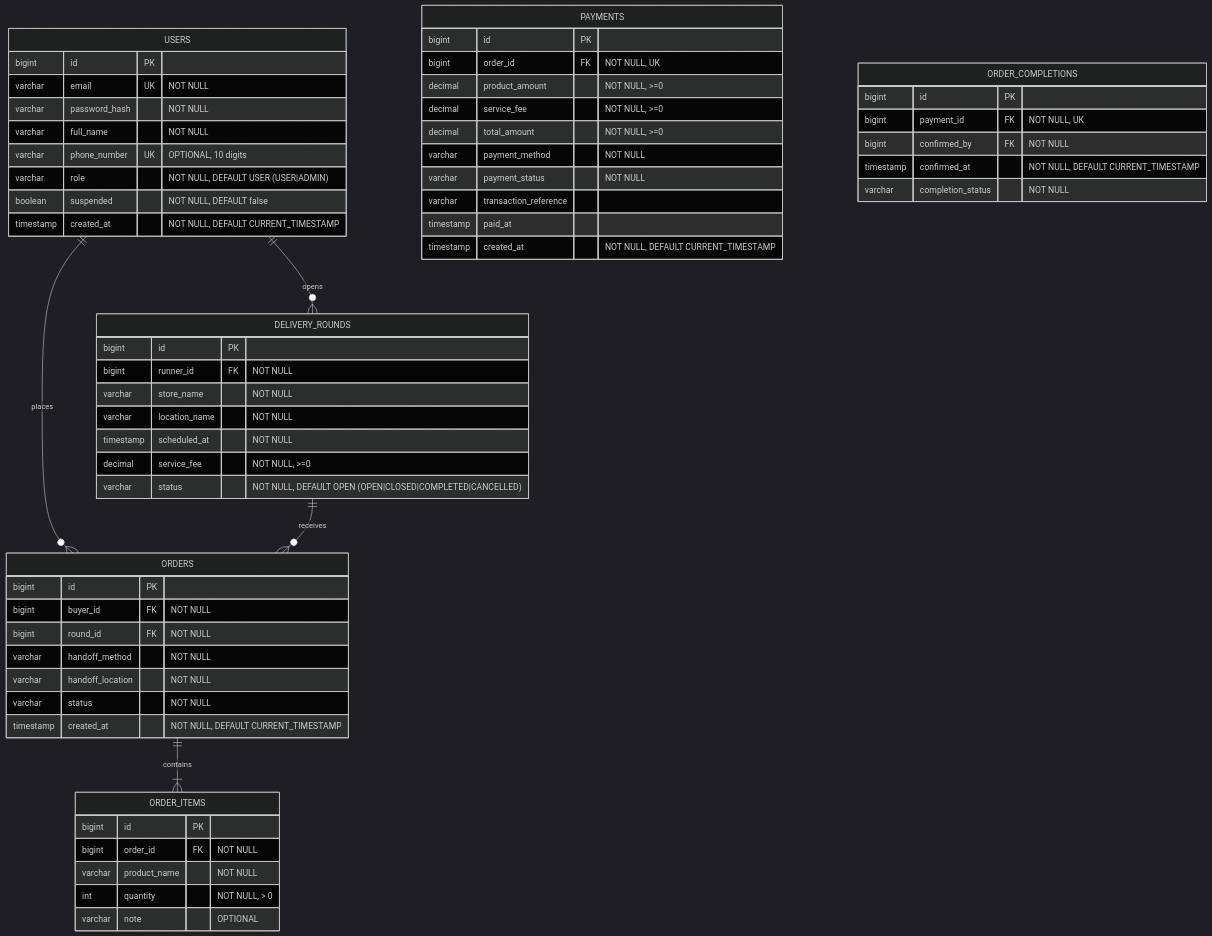
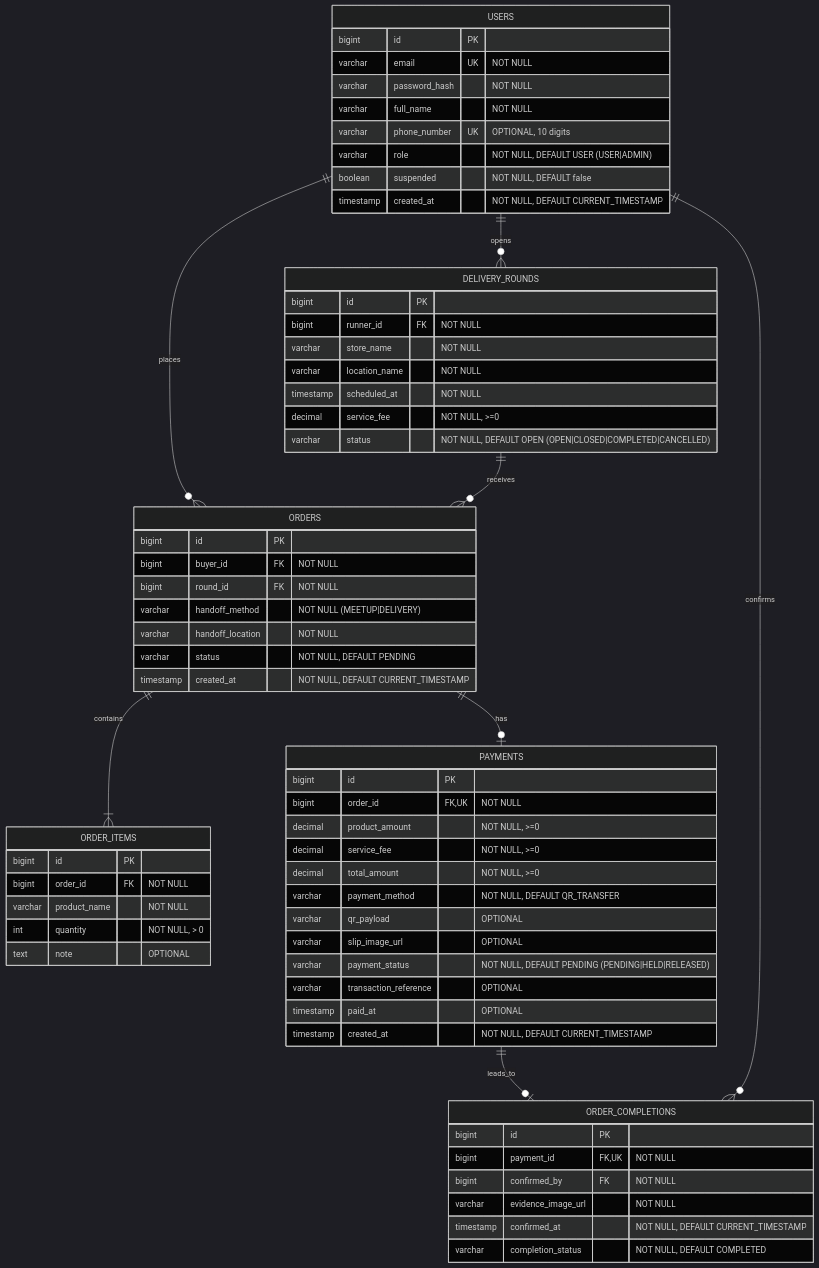
Before and after one commit to BlackyB0o/CS261_650001_group5: the diagram in docs/database/ERD.md, drawn with Mermaid (dark theme).

Commit message:
ERD sync ORDERS, ORDER_ITEMS, PAYMENTS, ORDER_COMPLETIONS with entities

````diff
--- a/docs/database/ERD.md
+++ b/docs/database/ERD.md
@@ -11,6 +11,11 @@
     USERS ||--o{ ORDERS : places
     DELIVERY_ROUNDS ||--o{ ORDERS : receives
     ORDERS ||--|{ ORDER_ITEMS : contains
+
+    %% Task 20, 24 - ชำระเงิน / ยืนยันรับสินค้า
+    ORDERS ||--o| PAYMENTS : has
+    PAYMENTS ||--o| ORDER_COMPLETIONS : leads_to
+    USERS ||--o{ ORDER_COMPLETIONS : confirms
 
     %% Task 04, 54 - ผู้ใช้ (role, suspended เพิ่มสำหรับ Admin US10)
     USERS {
@@ -35,14 +40,14 @@
         varchar status "NOT NULL, DEFAULT OPEN (OPEN|CLOSED|COMPLETED|CANCELLED)"
     }
 
-    %% Task 16 - ฝากซื้อสินค้า/อาหาร
+    %% Task 16, 44 - ฝากซื้อสินค้า/อาหาร
     ORDERS {
         bigint id PK
         bigint buyer_id FK "NOT NULL"
         bigint round_id FK "NOT NULL"
-        varchar handoff_method "NOT NULL"
+        varchar handoff_method "NOT NULL (MEETUP|DELIVERY)"
         varchar handoff_location "NOT NULL"
-        varchar status "NOT NULL"
+        varchar status "NOT NULL, DEFAULT PENDING"
         timestamp created_at "NOT NULL, DEFAULT CURRENT_TIMESTAMP"
     }
 
@@ -52,29 +57,32 @@
         bigint order_id FK "NOT NULL"
         varchar product_name "NOT NULL"
         int quantity "NOT NULL, > 0"
-        varchar note "OPTIONAL"
+        text note "OPTIONAL"
     }
 
     %% Task 20 - ชำระค่าสินค้าและค่าหิ้ว
     PAYMENTS {
         bigint id PK
-        bigint order_id FK "NOT NULL, UK"
+        bigint order_id FK,UK "NOT NULL"
         decimal product_amount "NOT NULL, >=0"
         decimal service_fee "NOT NULL, >=0"
         decimal total_amount "NOT NULL, >=0"
-        varchar payment_method "NOT NULL"
-        varchar payment_status "NOT NULL"
-        varchar transaction_reference
-        timestamp paid_at
+        varchar payment_method "NOT NULL, DEFAULT QR_TRANSFER"
+        varchar qr_payload "OPTIONAL"
+        varchar slip_image_url "OPTIONAL"
+        varchar payment_status "NOT NULL, DEFAULT PENDING (PENDING|HELD|RELEASED)"
+        varchar transaction_reference "OPTIONAL"
+        timestamp paid_at "OPTIONAL"
         timestamp created_at "NOT NULL, DEFAULT CURRENT_TIMESTAMP"
     }
 
     %% Task 24 - ยืนยันรับสินค้าและปิดออเดอร์
     ORDER_COMPLETIONS {
         bigint id PK
-        bigint payment_id FK "NOT NULL, UK"
+        bigint payment_id FK,UK "NOT NULL"
         bigint confirmed_by FK "NOT NULL"
+        varchar evidence_image_url "NOT NULL"
         timestamp confirmed_at "NOT NULL, DEFAULT CURRENT_TIMESTAMP"
-        varchar completion_status "NOT NULL"
+        varchar completion_status "NOT NULL, DEFAULT COMPLETED"
     }
 ```
````
